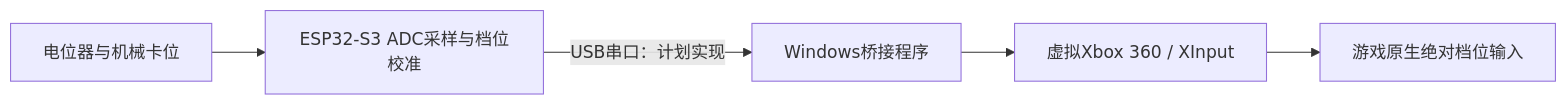
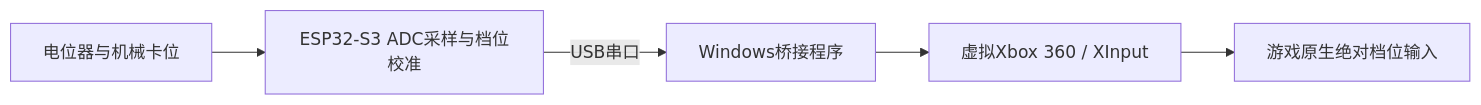
The diagram in README.md (Lc2007081623/jr-controller), drawn with Mermaid before and after one commit. The commit also changed other lines of this file and 40 other files, not shown here.

````diff
--- a/README.md
+++ b/README.md
@@ -9,7 +13,7 @@
 ```mermaid
 flowchart LR
     P[电位器与机械卡位] --> S[ESP32-S3 ADC采样与档位校准]
-    S -->|USB串口：计划实现| B[Windows桥接程序]
+    S -->|USB串口| B[Windows桥接程序]
     B --> X[虚拟Xbox 360 / XInput]
     X --> G[游戏原生绝对档位输入]
 ```
````
